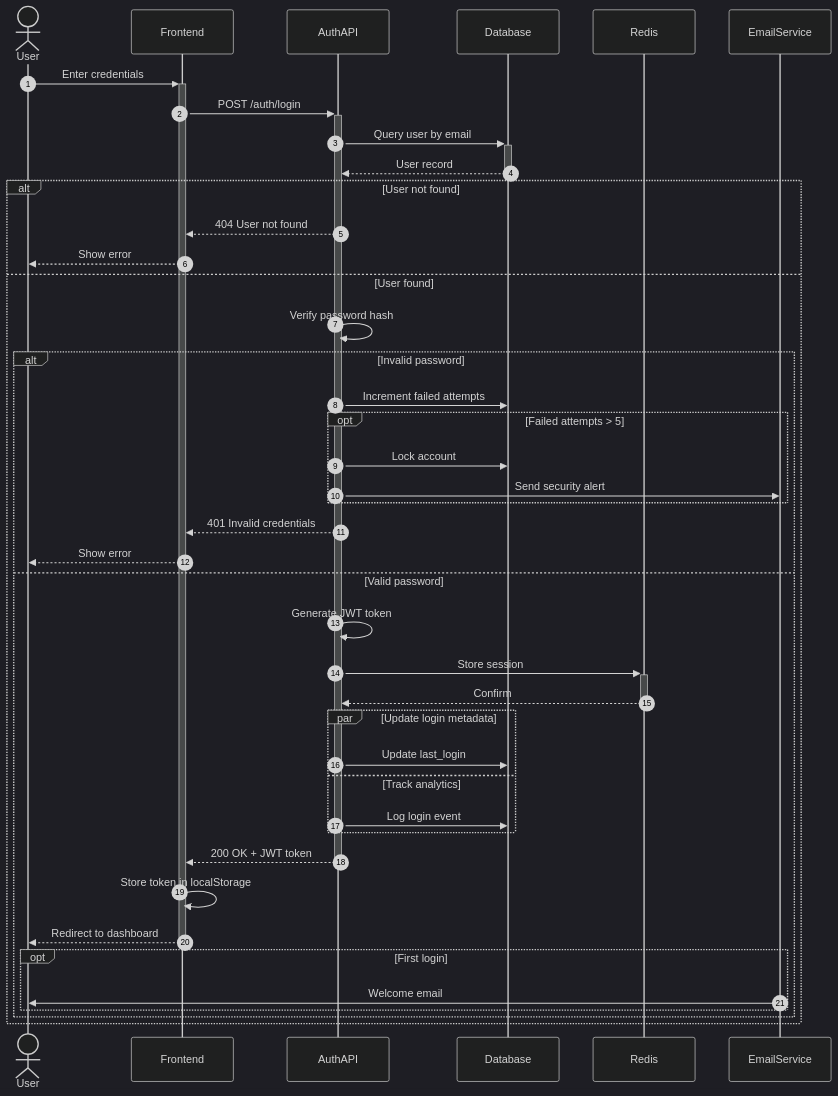
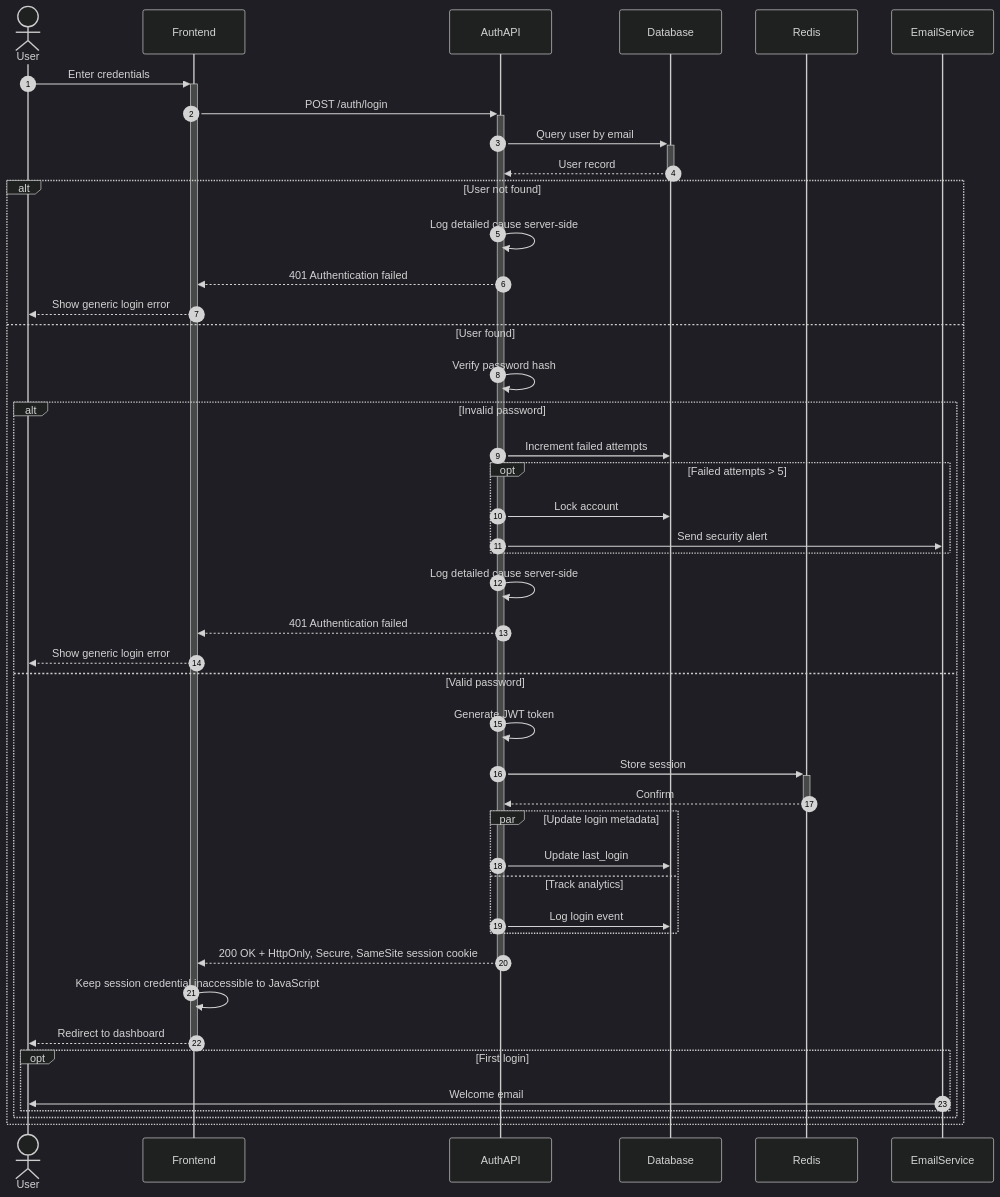
One commit to amoai-tech/mdeai changed diagram 18 of 20 in .claude/skills/mermaid-diagrams/references/sequence-diagrams.md. Above: the diagram before and after it, drawn with Mermaid (dark theme). The commit also changed 11 other files, not shown here.

````diff
--- a/.claude/skills/mermaid-diagrams/references/sequence-diagrams.md
+++ b/.claude/skills/mermaid-diagrams/references/sequence-diagrams.md
@@ -221,53 +221,55 @@
 ```mermaid
 sequenceDiagram
     autonumber
     actor User
     participant Frontend
     participant AuthAPI
     participant Database
     participant Redis
     participant EmailService
 
     User->>+Frontend: Enter credentials
     Frontend->>+AuthAPI: POST /auth/login
 
     AuthAPI->>+Database: Query user by email
     Database-->>-AuthAPI: User record
 
     alt User not found
-        AuthAPI-->>Frontend: 404 User not found
-        Frontend-->>User: Show error
+        AuthAPI->>AuthAPI: Log detailed cause server-side
+        AuthAPI-->>Frontend: 401 Authentication failed
+        Frontend-->>User: Show generic login error
     else User found
         AuthAPI->>AuthAPI: Verify password hash
 
         alt Invalid password
             AuthAPI->>Database: Increment failed attempts
 
             opt Failed attempts > 5
                 AuthAPI->>Database: Lock account
                 AuthAPI->>EmailService: Send security alert
             end
 
-            AuthAPI-->>Frontend: 401 Invalid credentials
-            Frontend-->>User: Show error
+            AuthAPI->>AuthAPI: Log detailed cause server-side
+            AuthAPI-->>Frontend: 401 Authentication failed
+            Frontend-->>User: Show generic login error
         else Valid password
             AuthAPI->>AuthAPI: Generate JWT token
             AuthAPI->>+Redis: Store session
             Redis-->>-AuthAPI: Confirm
 
             par Update login metadata
                 AuthAPI->>Database: Update last_login
             and Track analytics
                 AuthAPI->>Database: Log login event
             end
 
-            AuthAPI-->>-Frontend: 200 OK + JWT token
-            Frontend->>Frontend: Store token in localStorage
+            AuthAPI-->>-Frontend: 200 OK + HttpOnly, Secure, SameSite session cookie
+            Frontend->>Frontend: Keep session credential inaccessible to JavaScript
             Frontend-->>-User: Redirect to dashboard
 
             opt First login
                 EmailService->>User: Welcome email
             end
         end
     end
 ```
````
